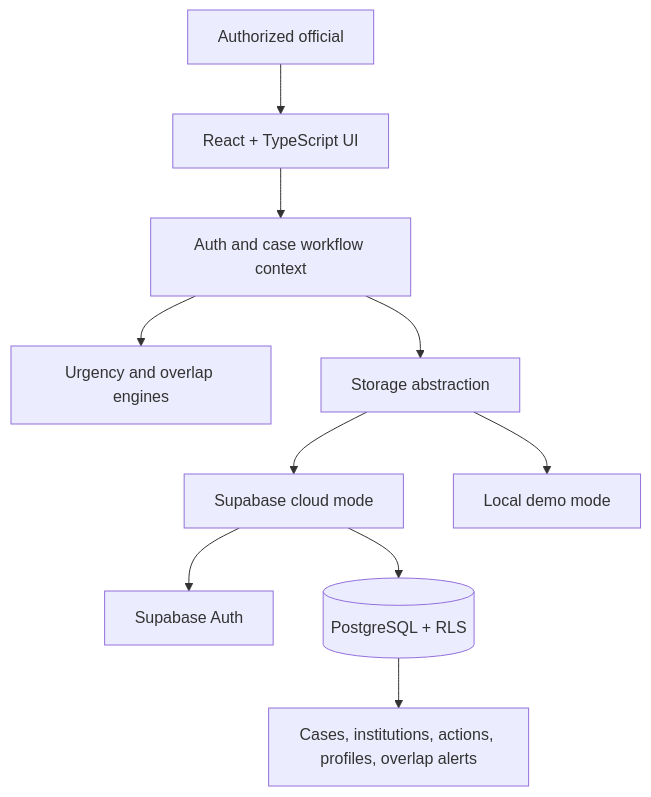
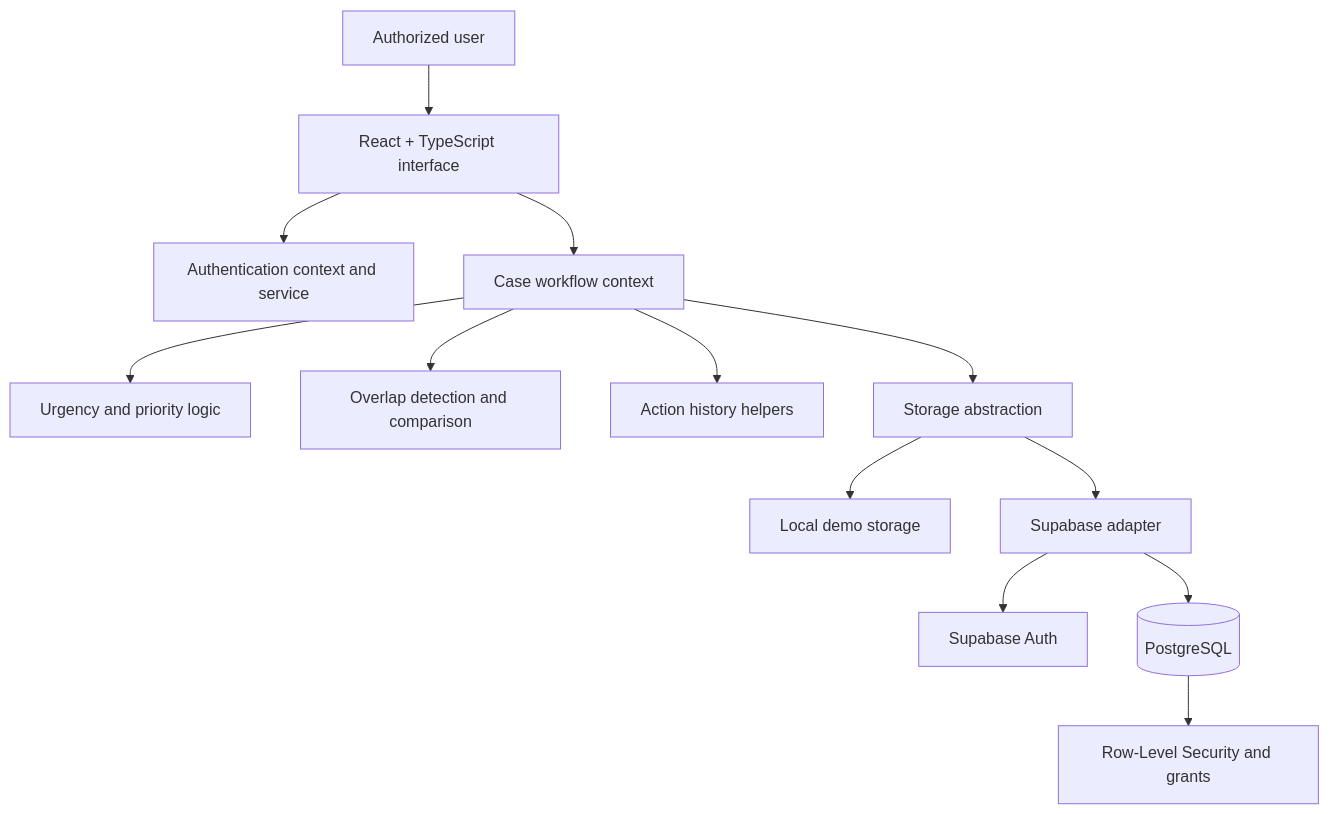
The diagram in README.md (kusoumya2006-netizen/CONVERA-), drawn with Mermaid before and after one commit. The commit also changed other lines of this file, not shown here.

````diff
--- a/README.md
+++ b/README.md
@@ -75,12 +89,15 @@
 ```mermaid
 flowchart TD
-    A[Authorized official] --> UI[React + TypeScript UI]
-    UI --> CTX[Auth and case workflow context]
-    CTX --> ENG[Urgency and overlap engines]
-    CTX --> STORE[Storage abstraction]
-    STORE --> CLOUD[Supabase cloud mode]
-    STORE --> DEMO[Local demo mode]
-    CLOUD --> AUTH[Supabase Auth]
-    CLOUD --> DB[(PostgreSQL + RLS)]
-    DB --> CASES[Cases, institutions, actions, profiles, overlap alerts]
+    PERSON[Authorized user] --> UI[React + TypeScript interface]
+    UI --> AUTH[Authentication context and service]
+    UI --> CASES[Case workflow context]
+    CASES --> PRIORITY[Urgency and priority logic]
+    CASES --> OVERLAP[Overlap detection and comparison]
+    CASES --> HISTORY[Action history helpers]
+    CASES --> STORAGE[Storage abstraction]
+    STORAGE --> DEMO[Local demo storage]
+    STORAGE --> SUPA[Supabase adapter]
+    SUPA --> SA[Supabase Auth]
+    SUPA --> DB[(PostgreSQL)]
+    DB --> RLS[Row-Level Security and grants]
 ```
````
